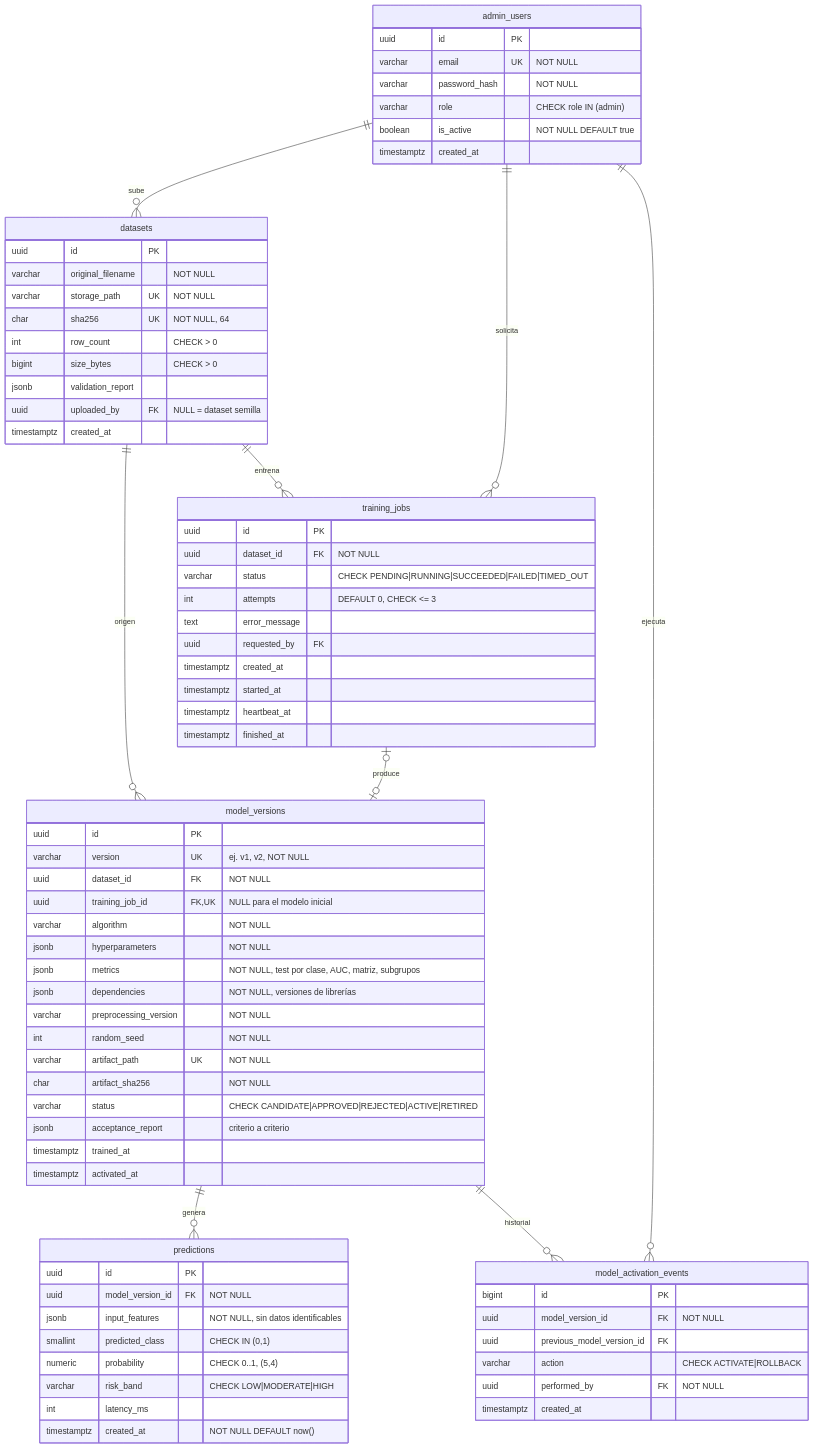
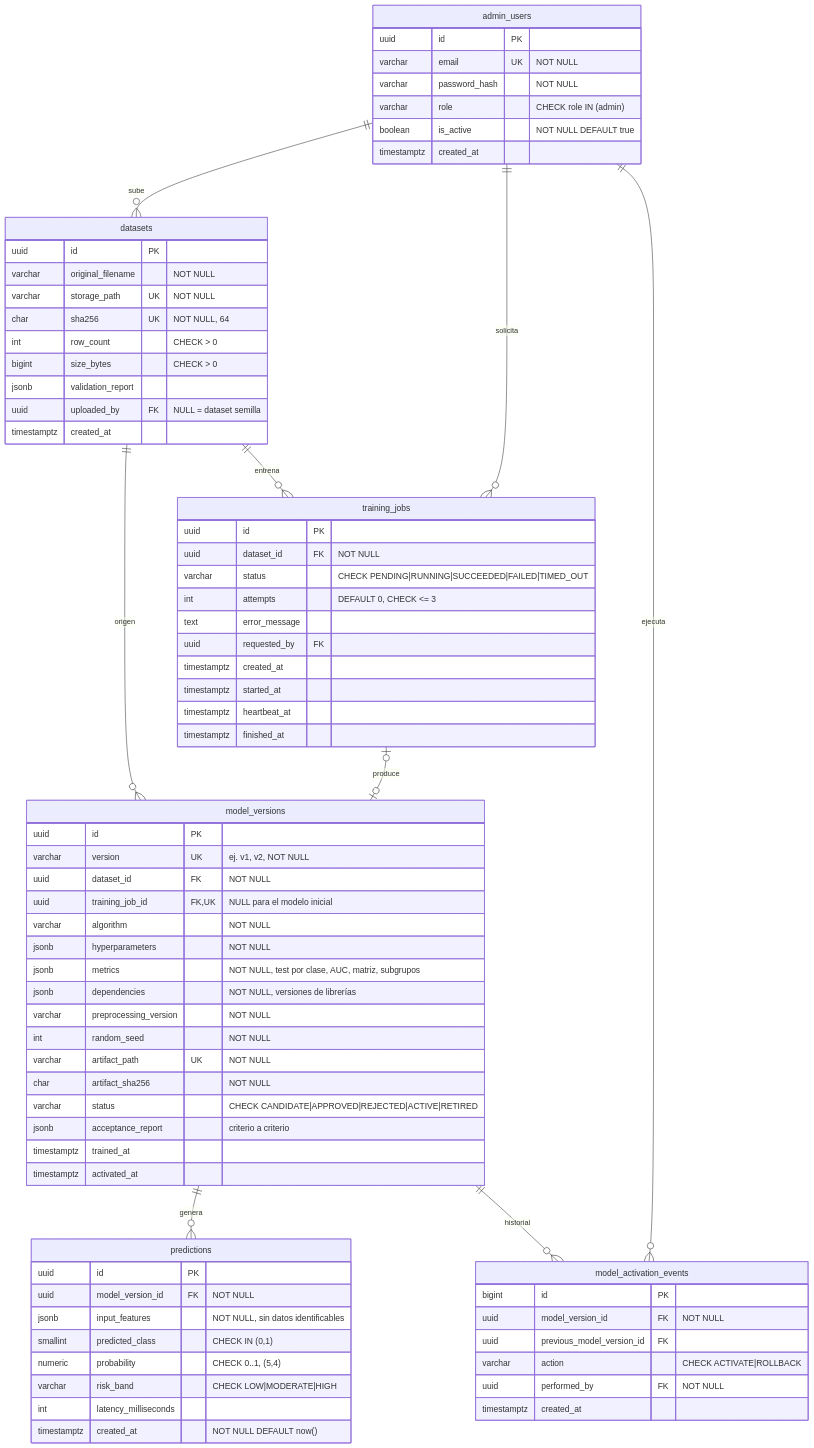
Before and after one commit to shariloza/proyectoSIS: the third of 5 diagrams in docs/analisis-arquitectura.md, drawn with Mermaid. The commit also changed other lines of this file and 92 other files, not shown here.

````diff
--- a/docs/analisis-arquitectura.md
+++ b/docs/analisis-arquitectura.md
@@ -299,79 +299,79 @@
 ```mermaid
 erDiagram
     admin_users {
         uuid id PK
         varchar email UK "NOT NULL"
         varchar password_hash "NOT NULL"
         varchar role "CHECK role IN (admin)"
         boolean is_active "NOT NULL DEFAULT true"
         timestamptz created_at
     }
     datasets {
         uuid id PK
         varchar original_filename "NOT NULL"
         varchar storage_path UK "NOT NULL"
         char sha256 UK "NOT NULL, 64"
         int row_count "CHECK > 0"
         bigint size_bytes "CHECK > 0"
         jsonb validation_report
         uuid uploaded_by FK "NULL = dataset semilla"
         timestamptz created_at
     }
     training_jobs {
         uuid id PK
         uuid dataset_id FK "NOT NULL"
         varchar status "CHECK PENDING|RUNNING|SUCCEEDED|FAILED|TIMED_OUT"
         int attempts "DEFAULT 0, CHECK <= 3"
         text error_message
         uuid requested_by FK
         timestamptz created_at
         timestamptz started_at
         timestamptz heartbeat_at
         timestamptz finished_at
     }
     model_versions {
         uuid id PK
         varchar version UK "ej. v1, v2, NOT NULL"
         uuid dataset_id FK "NOT NULL"
         uuid training_job_id FK,UK "NULL para el modelo inicial"
         varchar algorithm "NOT NULL"
         jsonb hyperparameters "NOT NULL"
         jsonb metrics "NOT NULL, test por clase, AUC, matriz, subgrupos"
         jsonb dependencies "NOT NULL, versiones de librerías"
         varchar preprocessing_version "NOT NULL"
         int random_seed "NOT NULL"
         varchar artifact_path UK "NOT NULL"
         char artifact_sha256 "NOT NULL"
         varchar status "CHECK CANDIDATE|APPROVED|REJECTED|ACTIVE|RETIRED"
         jsonb acceptance_report "criterio a criterio"
         timestamptz trained_at
         timestamptz activated_at
     }
     model_activation_events {
         bigint id PK
         uuid model_version_id FK "NOT NULL"
         uuid previous_model_version_id FK
         varchar action "CHECK ACTIVATE|ROLLBACK"
         uuid performed_by FK "NOT NULL"
         timestamptz created_at
     }
     predictions {
         uuid id PK
         uuid model_version_id FK "NOT NULL"
         jsonb input_features "NOT NULL, sin datos identificables"
         smallint predicted_class "CHECK IN (0,1)"
         numeric probability "CHECK 0..1, (5,4)"
         varchar risk_band "CHECK LOW|MODERATE|HIGH"
-        int latency_ms
+        int latency_milliseconds
         timestamptz created_at "NOT NULL DEFAULT now()"
     }
 
     datasets ||--o{ training_jobs : "entrena"
     datasets ||--o{ model_versions : "origen"
     training_jobs |o--o| model_versions : "produce"
     model_versions ||--o{ predictions : "genera"
     model_versions ||--o{ model_activation_events : "historial"
     admin_users ||--o{ datasets : "sube"
     admin_users ||--o{ training_jobs : "solicita"
     admin_users ||--o{ model_activation_events : "ejecuta"
 ```
````
